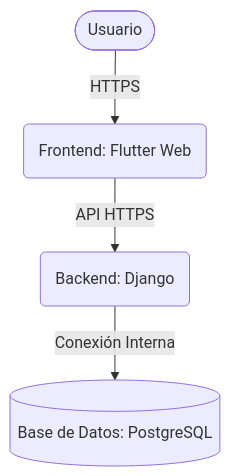
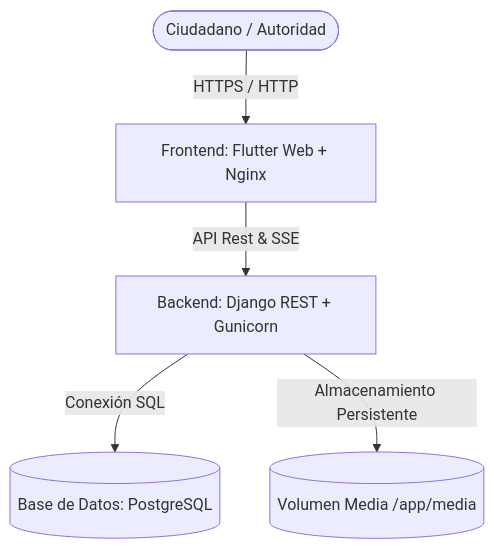
The first of 2 diagrams in COOLIFY_DEPLOY_GUIDE.md (DfsSpooky/ecoalertapasco), drawn with Mermaid before and after one commit. The commit also changed other lines of this file and 10 other files, not shown here.

````diff
--- a/COOLIFY_DEPLOY_GUIDE.md
+++ b/COOLIFY_DEPLOY_GUIDE.md
@@ -11,6 +11,7 @@
 ```mermaid
 graph TD
-    User([Usuario]) -->|HTTPS| FE(Frontend: Flutter Web)
-    FE -->|API HTTPS| BE(Backend: Django)
-    BE -->|Conexión Interna| DB[(Base de Datos: PostgreSQL)]
+    User([Ciudadano / Autoridad]) -->|HTTPS / HTTP| FE[Frontend: Flutter Web + Nginx]
+    FE -->|API Rest & SSE| BE[Backend: Django REST + Gunicorn]
+    BE -->|Conexión SQL| DB[(Base de Datos: PostgreSQL)]
+    BE -->|Almacenamiento Persistente| VOL[(Volumen Media /app/media)]
 ```
````
